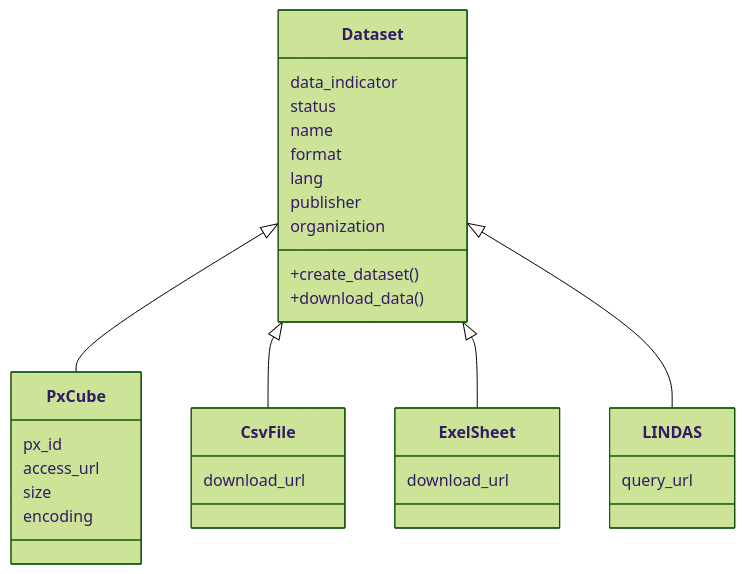
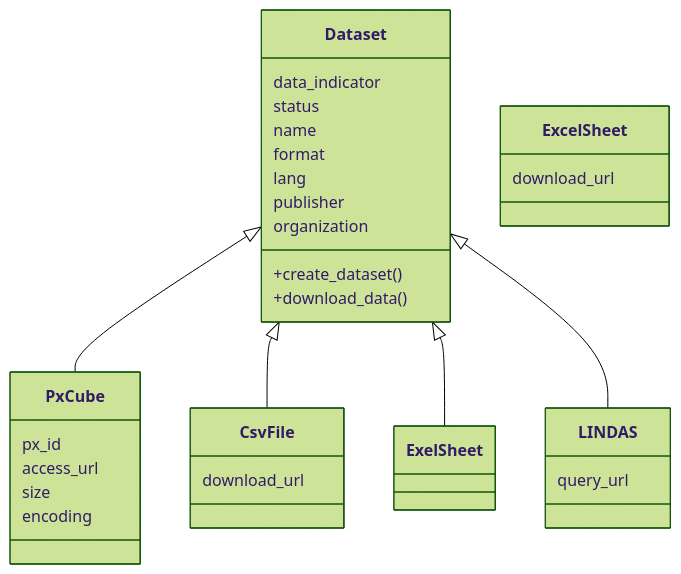
One commit to statistikZH/statbotData changed the second of 3 diagrams in README.md. Above: the diagram before and after it, drawn with Mermaid (forest theme).

Commit message:
docs(README.md): correct spelling in diagram

````diff
--- a/README.md
+++ b/README.md
@@ -43,31 +43,31 @@
 ```mermaid
 classDiagram
     Dataset <|-- PxCube
     Dataset <|-- CsvFile
     Dataset <|-- ExelSheet
     Dataset <|-- LINDAS
     Dataset : data_indicator
     Dataset : status
     Dataset : name
     Dataset : format
     Dataset : lang
     Dataset : publisher
     Dataset : organization
     Dataset: +create_dataset()
     Dataset: +download_data()
     class PxCube{
       px_id
       access_url
       size
       encoding
     }
     class CsvFile{
       download_url
     }
-    class ExelSheet{
+    class ExcelSheet{
       download_url
     }   
     class LINDAS{
       query_url
     }
 ```
````
